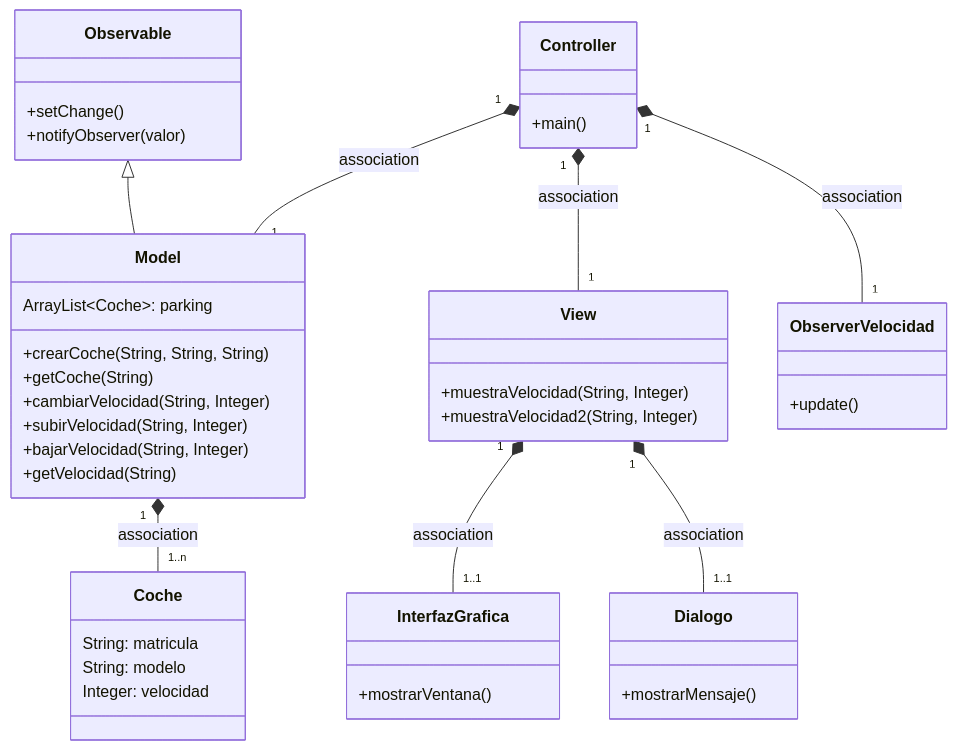
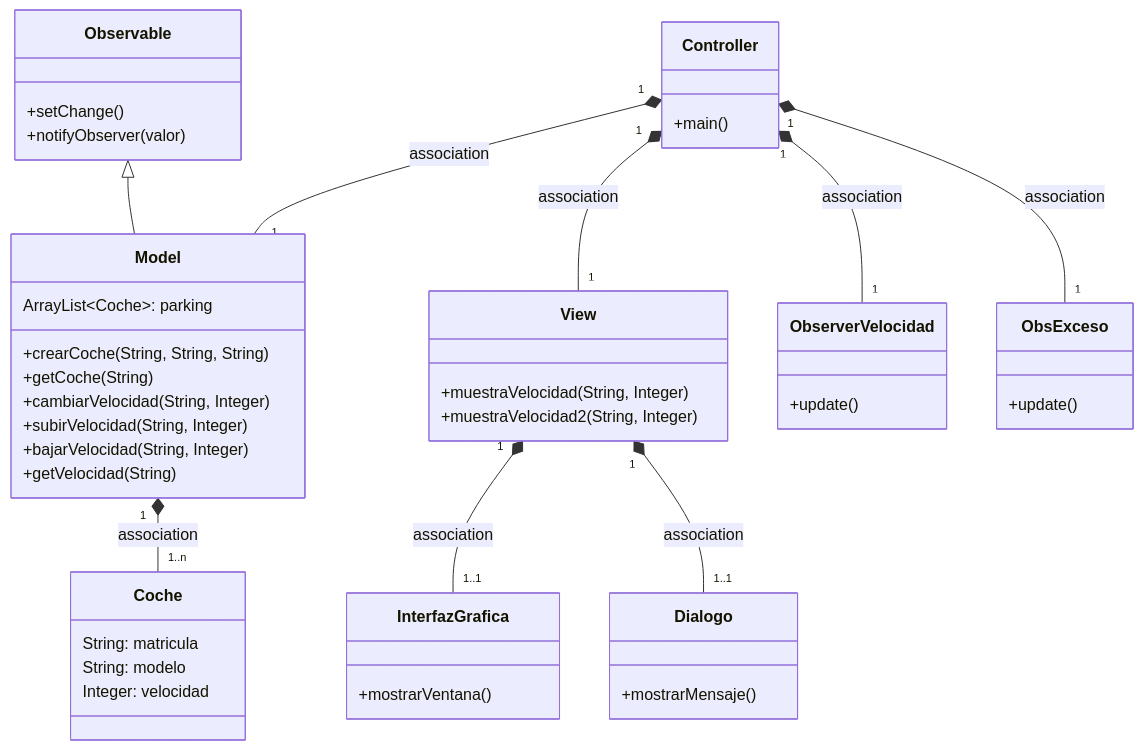
One commit to acasella03/MVC_coches changed the first of 3 diagrams in Readme.md. Above: the diagram before and after it, drawn with Mermaid. The commit also changed other lines of this file, not shown here.

Commit message:
Segunda actualización Readme

````diff
--- a/Readme.md
+++ b/Readme.md
@@ -16,44 +16,48 @@
 ```mermaid
 classDiagram
     class Observable{
         +setChange()
         +notifyObserver(valor)
     }
     class Coche {
         String: matricula
         String: modelo
         Integer: velocidad
     }
       class Controller{
           +main()
       }
       class View {+muestraVelocidad(String, Integer)
                   +muestraVelocidad2(String, Integer)
        }
       class Model {
           ArrayList~Coche~: parking
           +crearCoche(String, String, String)
           +getCoche(String)
           +cambiarVelocidad(String, Integer)
           +subirVelocidad(String, Integer)
           +bajarVelocidad(String, Integer)
           +getVelocidad(String)
       }
       class InterfazGrafica {
           +mostrarVentana()
       }
       class Dialogo {
           +mostrarMensaje()
       }
       class ObserverVelocidad {
       +update()
       }
+      class ObsExceso {
+      +update()
+      }
     Controller "1" *-- "1" ObserverVelocidad : association
+    Controller "1" *-- "1" ObsExceso : association
     Controller "1" *-- "1" Model : association
     Controller "1" *-- "1" View : association
     Model "1" *-- "1..n" Coche : association
     View "1" *-- "1..1" InterfazGrafica : association
     View "1" *-- "1..1" Dialogo : association
     Observable<|--Model
       
 ```
````
